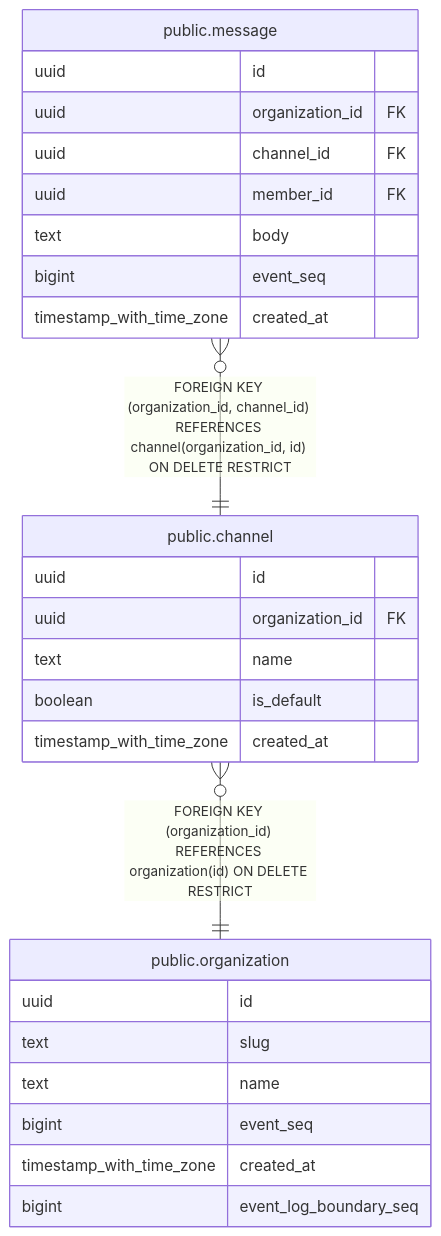
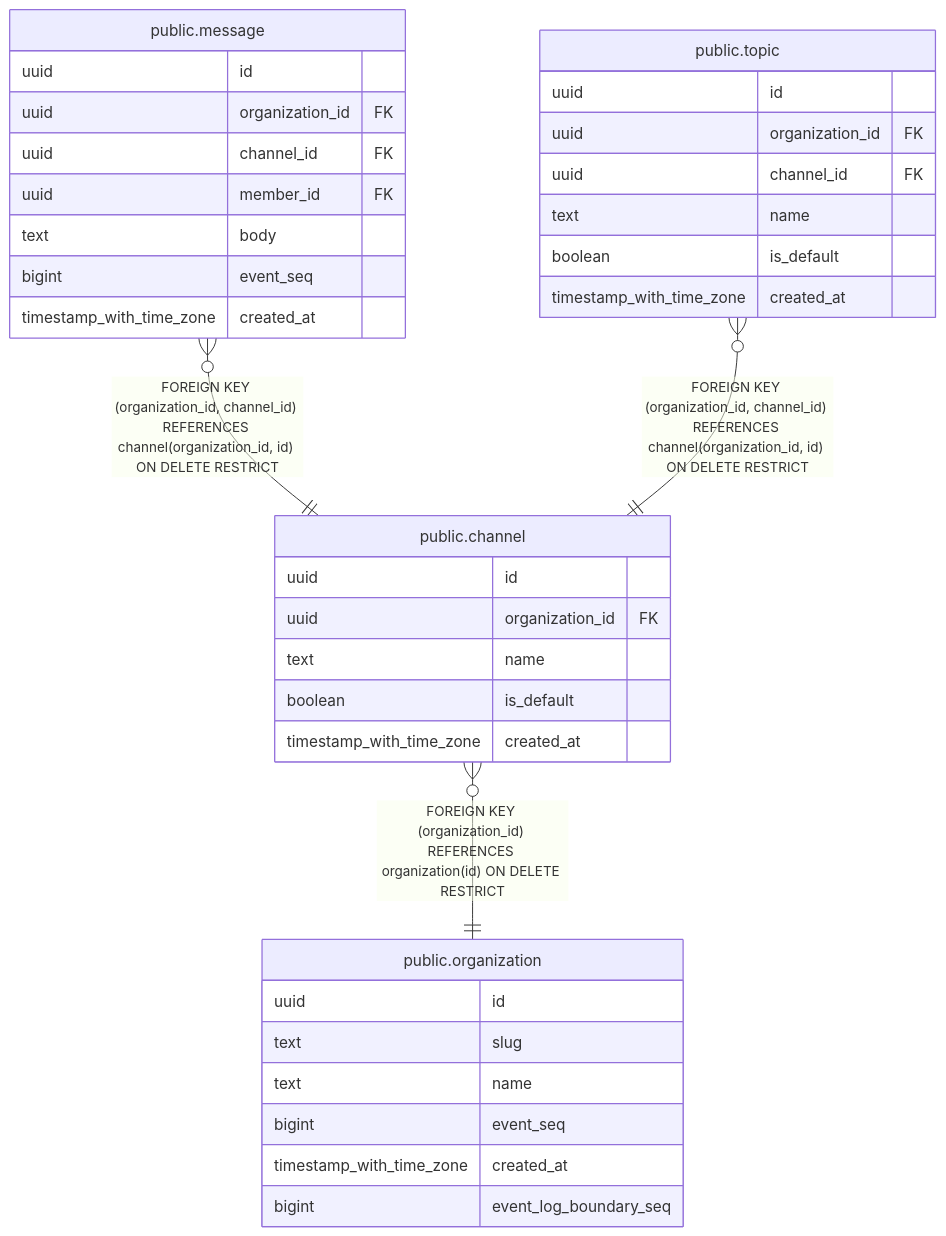
One commit to tkakkie/ribbitto changed the diagram in docs/schema/public.channel.md. Above: the diagram before and after it, drawn with Mermaid. The commit also changed other lines of this file and 19 other files, not shown here.

````diff
--- a/docs/schema/public.channel.md
+++ b/docs/schema/public.channel.md
@@ -40,31 +40,40 @@
 ```mermaid
 erDiagram
 
 "public.message" }o--|| "public.channel" : "FOREIGN KEY (organization_id, channel_id) REFERENCES channel(organization_id, id) ON DELETE RESTRICT"
+"public.topic" }o--|| "public.channel" : "FOREIGN KEY (organization_id, channel_id) REFERENCES channel(organization_id, id) ON DELETE RESTRICT"
 "public.channel" }o--|| "public.organization" : "FOREIGN KEY (organization_id) REFERENCES organization(id) ON DELETE RESTRICT"
 
 "public.channel" {
   uuid id
   uuid organization_id FK
   text name
   boolean is_default
   timestamp_with_time_zone created_at
 }
 "public.message" {
   uuid id
   uuid organization_id FK
   uuid channel_id FK
   uuid member_id FK
   text body
   bigint event_seq
   timestamp_with_time_zone created_at
 }
+"public.topic" {
+  uuid id
+  uuid organization_id FK
+  uuid channel_id FK
+  text name
+  boolean is_default
+  timestamp_with_time_zone created_at
+}
 "public.organization" {
   uuid id
   text slug
   text name
   bigint event_seq
   timestamp_with_time_zone created_at
   bigint event_log_boundary_seq
 }
 ```
````
